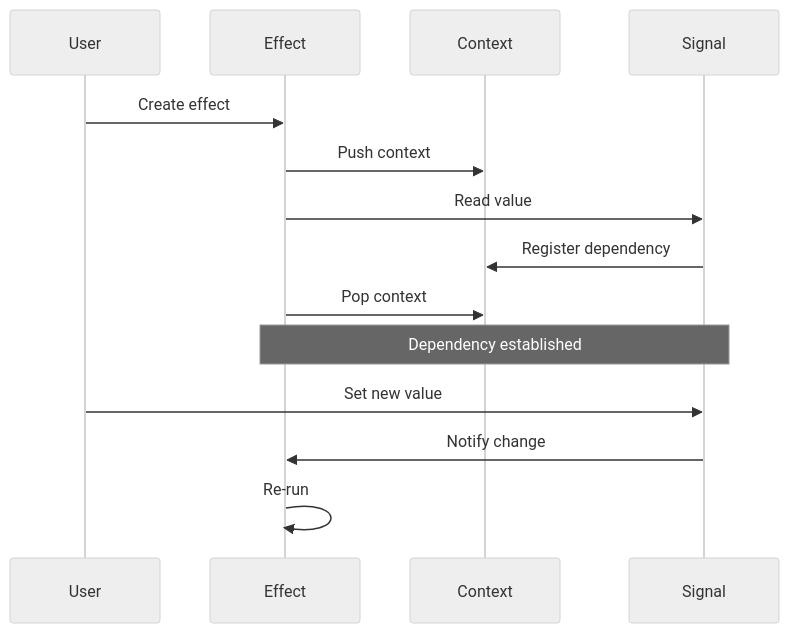
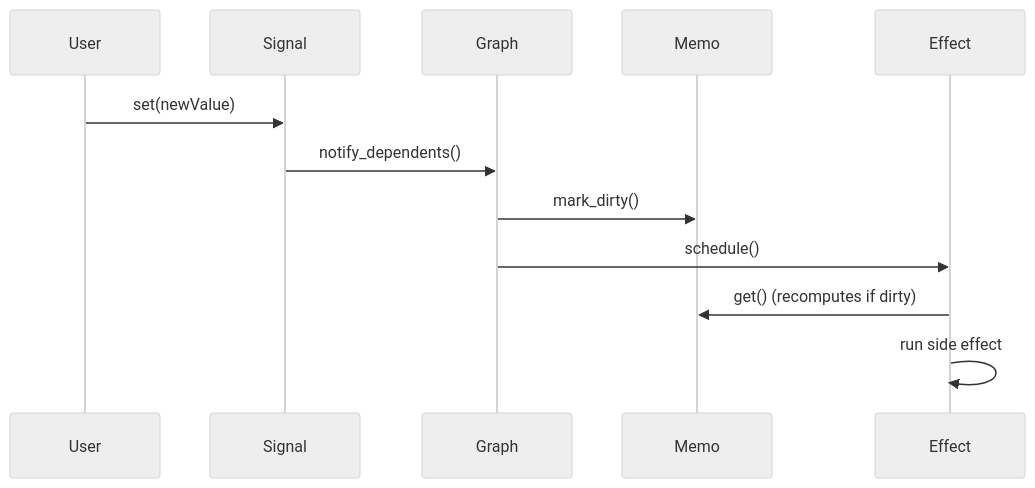
Before and after one commit to matteso1/lattice: the second of 2 diagrams in docs/architecture.md, drawn with Mermaid (neutral theme). The commit also changed other lines of this file and 6 other files, not shown here.

````diff
--- a/docs/architecture.md
+++ b/docs/architecture.md
@@ -72,19 +70,15 @@
 ```mermaid
 sequenceDiagram
     participant User
+    participant Signal
+    participant Graph
+    participant Memo
     participant Effect
-    participant Context
-    participant Signal
     
-    User->>Effect: Create effect
-    Effect->>Context: Push context
-    Effect->>Signal: Read value
-    Signal->>Context: Register dependency
-    Effect->>Context: Pop context
-    
-    Note over Effect,Signal: Dependency established
-    
-    User->>Signal: Set new value
-    Signal->>Effect: Notify change
-    Effect->>Effect: Re-run
+    User->>Signal: set(newValue)
+    Signal->>Graph: notify_dependents()
+    Graph->>Memo: mark_dirty()
+    Graph->>Effect: schedule()
+    Effect->>Memo: get() (recomputes if dirty)
+    Effect->>Effect: run side effect
 ```
````
